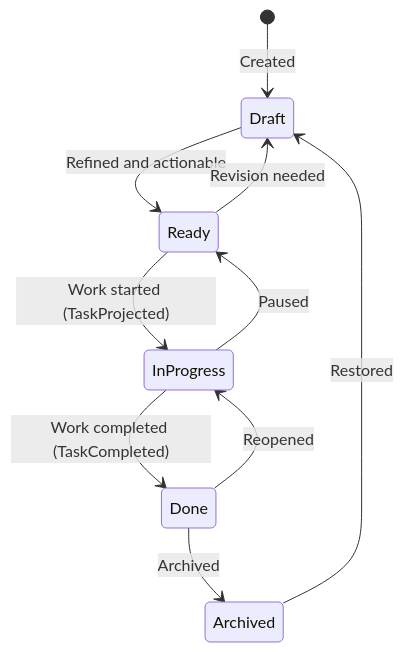
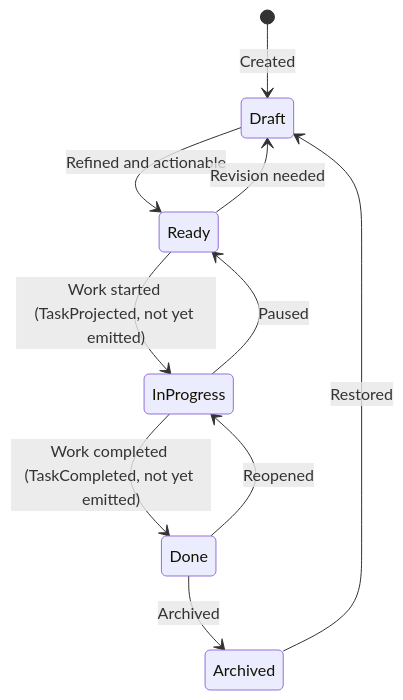
One commit to JSdotNet/Backlog changed the first of 3 diagrams in .devbook/domain/tasks/flow.md. Above: the diagram before and after it, drawn with Mermaid. The commit also changed other lines of this file and 131 other files, not shown here.

````diff
--- a/.devbook/domain/tasks/flow.md
+++ b/.devbook/domain/tasks/flow.md
@@ -14,12 +14,12 @@
 ```mermaid
 stateDiagram-v2
     [*] --> Draft : Created
     Draft --> Ready : Refined and actionable
-    Ready --> InProgress : Work started (TaskProjected)
-    InProgress --> Done : Work completed (TaskCompleted)
+    Ready --> InProgress : Work started (TaskProjected, not yet emitted)
+    InProgress --> Done : Work completed (TaskCompleted, not yet emitted)
     Done --> Archived : Archived
     Archived --> Draft : Restored
     Ready --> Draft : Revision needed
     InProgress --> Ready : Paused
     Done --> InProgress : Reopened
 ```
````
